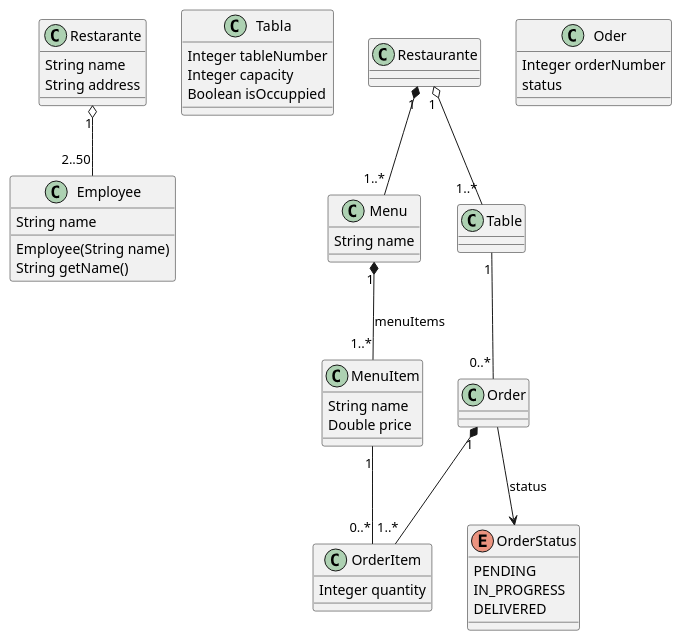
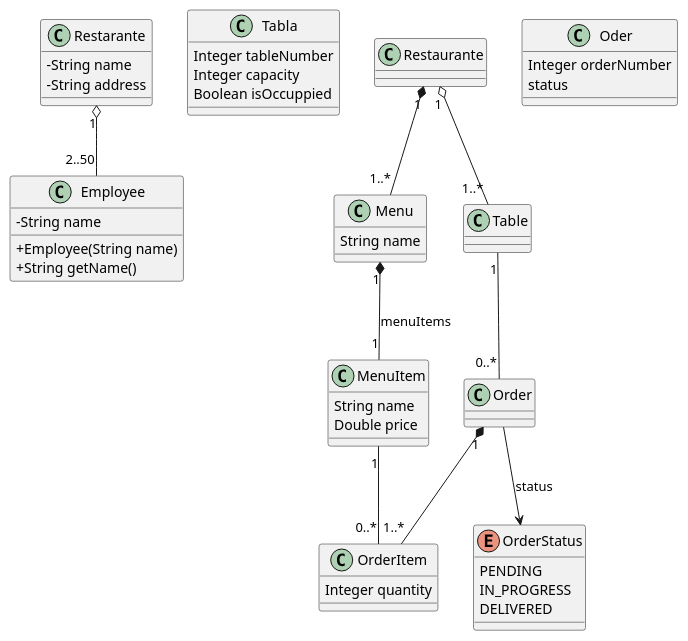
Before and after one commit to D4nT321/c4md2-clse-8-Estructura-y-revision: the diagram in uml/restaurante.plantuml, drawn with PlantUML. The commit also changed 9 other files, not shown here.

```diff
--- a/uml/restaurante.plantuml
+++ b/uml/restaurante.plantuml
@@ -1,59 +1,60 @@
 @startuml Restaurante 
+skinparam ClassAttributeIconSize 0 
 
 class Restarante {
-    String name
-    String address
+    - String name
+    - String address
 }
 
 class Tabla {
     Integer tableNumber
     Integer capacity
     Boolean isOccuppied
 
 }
 
 class MenuItem {
     String name
     Double price 
 }
 
 class OrderItem {
     Integer quantity
 }
 
 class Oder {
     Integer orderNumber
     status 
 }
 
 enum OrderStatus {
     PENDING
     IN_PROGRESS
     DELIVERED
 }
 
 class Menu {
     String name
 }
 
 class Employee {
-    String name 
+    - String name 
 
-    Employee(String name)
-    String getName()
+    + Employee(String name)
+    + String getName()
 }
 
 '  Relaciones
 ' o-- es Agregacion 
 ' *-- : Composicion 
 ' -- : Asociacion 
 Restaurante "1" o-- "1..*" Table 
 Restarante  "1" o-- "2..50" Employee
 Restaurante "1" *-- "1..*" Menu 
 Table "1" -- "0..*" Order
-Menu "1" *-- "1..*" MenuItem : menuItems
+Menu "1" *-- "1" MenuItem : menuItems
 MenuItem "1" -- "0..*" OrderItem
 Order "1" *-- "1..*" OrderItem
 Order --> OrderStatus : status
 
 @enduml
```
